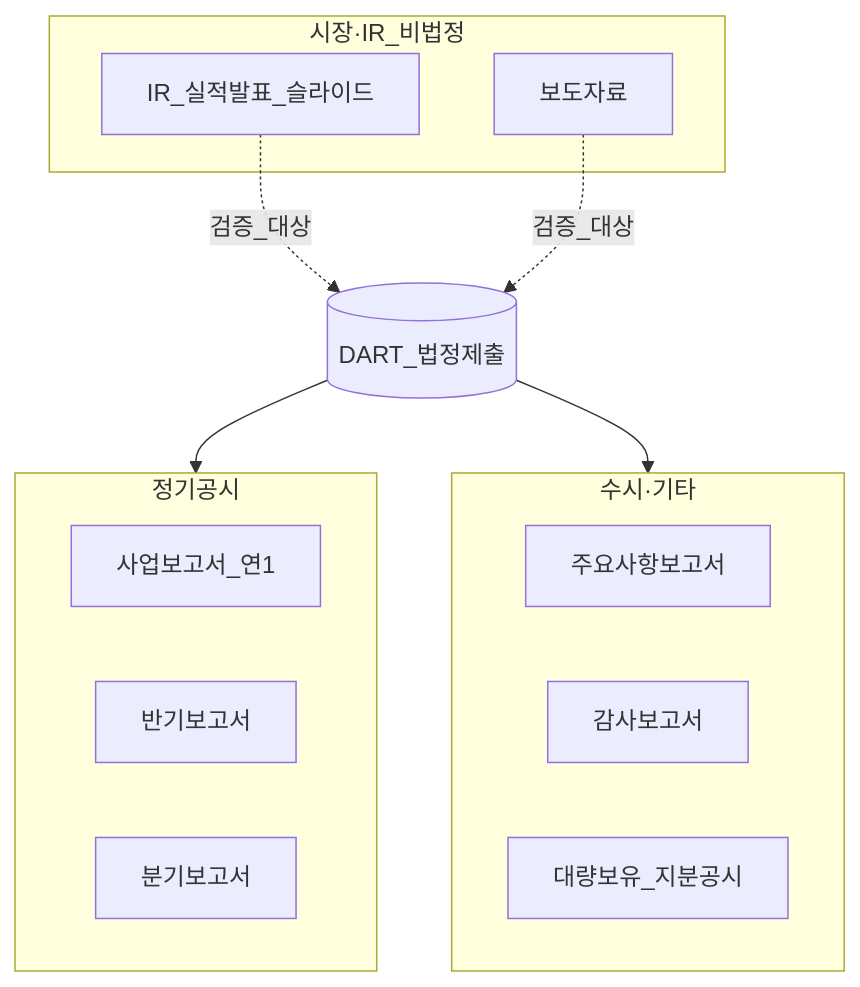
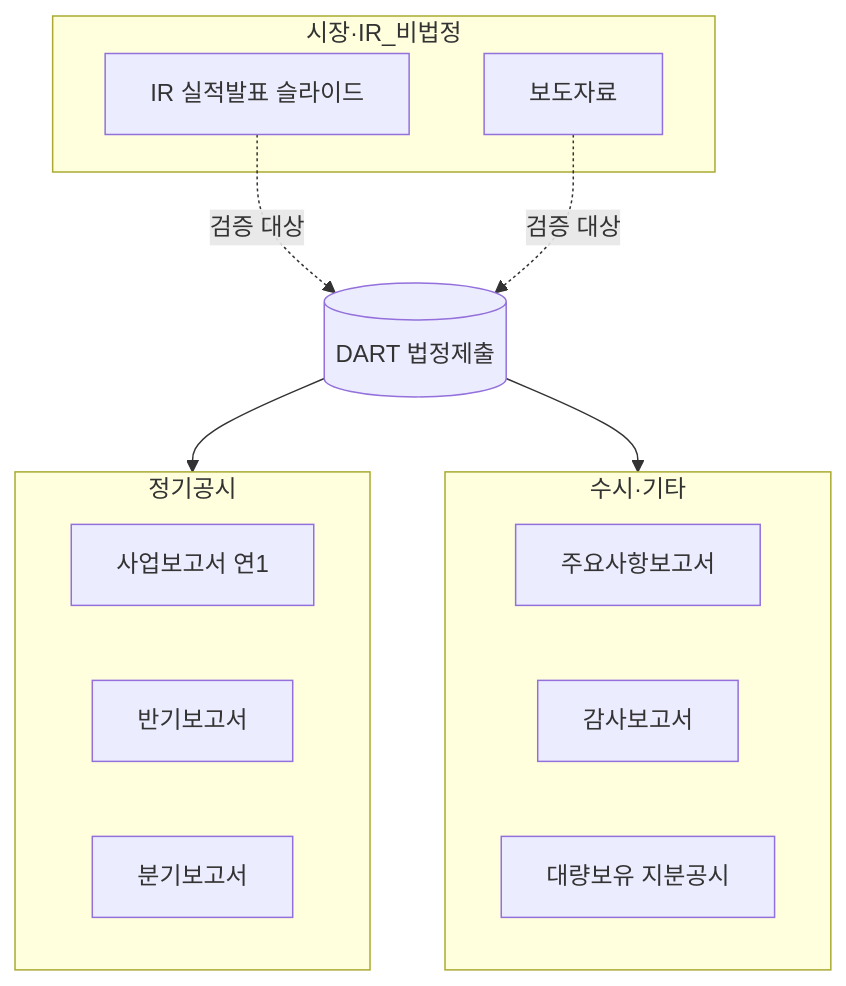
Before and after one commit to goldanghenry/Finances: the first of 3 diagrams in 01-foundations/reading-annual-reports-dart.md, drawn with Mermaid. The commit also changed other lines of this file and 211 other files, not shown here.

````diff
--- a/01-foundations/reading-annual-reports-dart.md
+++ b/01-foundations/reading-annual-reports-dart.md
@@ -134,21 +145,21 @@
 ```mermaid
 flowchart TB
   subgraph periodic [정기공시]
-    AR[사업보고서_연1]
+    AR["사업보고서 연1"]
     SA[반기보고서]
     QR[분기보고서]
   end
   subgraph adhoc [수시·기타]
     MR[주요사항보고서]
     AUD[감사보고서]
-    OWN[대량보유_지분공시]
+    OWN["대량보유 지분공시"]
   end
   subgraph market [시장·IR_비법정]
-    IR[IR_실적발표_슬라이드]
+    IR["IR 실적발표 슬라이드"]
     PR[보도자료]
   end
-  DART[(DART_법정제출)] --> periodic
+  DART[("DART 법정제출")] --> periodic
   DART --> adhoc
-  IR -.->|검증_대상| DART
-  PR -.->|검증_대상| DART
+  IR -.->|"검증 대상"| DART
+  PR -.->|"검증 대상"| DART
 ```
````
